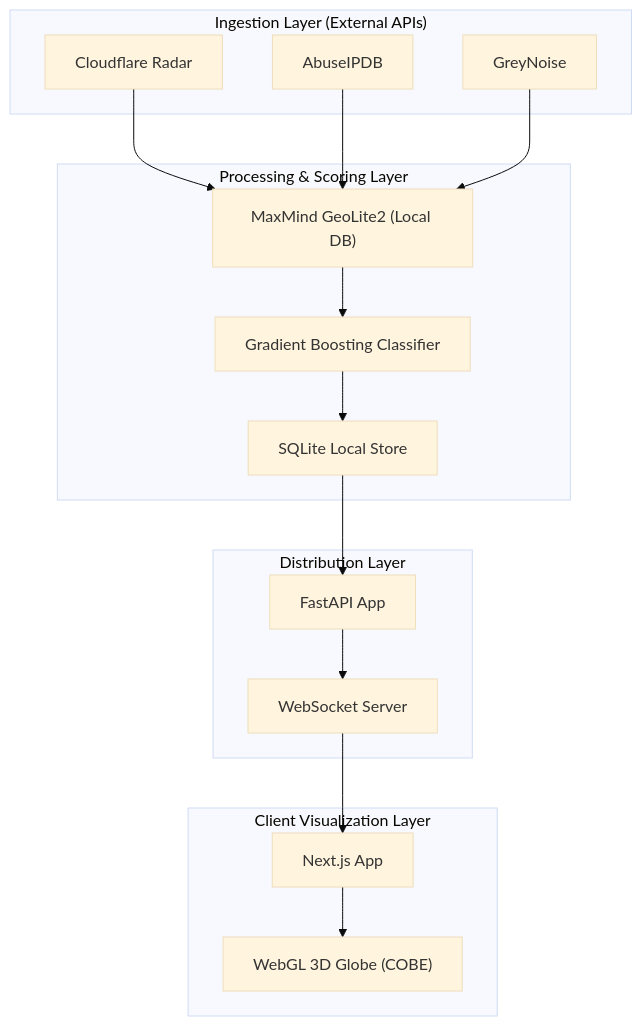
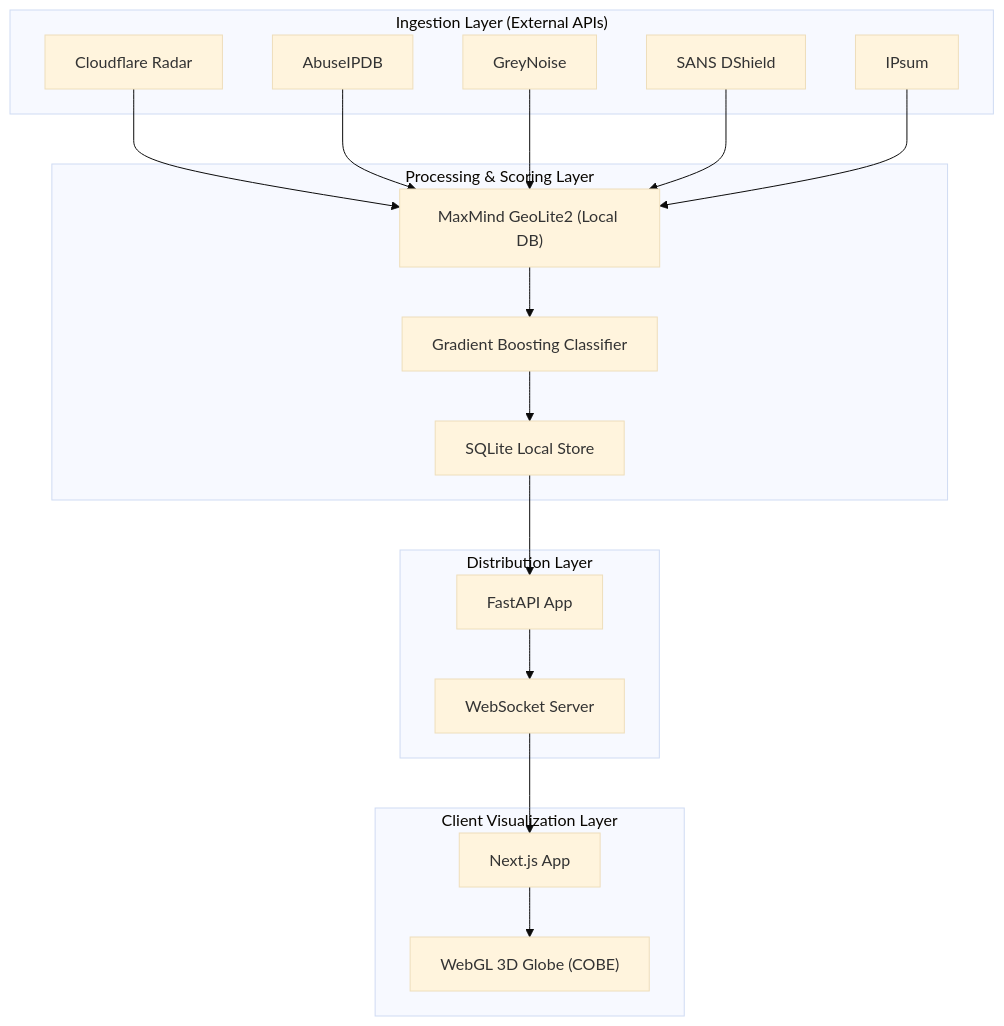
One commit to swap-mitra/live-ddos-map changed the third of 3 diagrams in README.md. Above: the diagram before and after it, drawn with Mermaid (base theme). The commit also changed other lines of this file and 3 other files, not shown here.

````diff
--- a/README.md
+++ b/README.md
@@ -101,34 +105,38 @@
 ```mermaid
 flowchart TB
   subgraph Ingestion["Ingestion Layer (External APIs)"]
     cf["Cloudflare Radar"]
     abuse["AbuseIPDB"]
     gn["GreyNoise"]
+    ds["SANS DShield"]
+    ip["IPsum"]
   end
 
   subgraph Processing["Processing & Scoring Layer"]
     geo["MaxMind GeoLite2 (Local DB)"]
     ml["Gradient Boosting Classifier"]
     sqlite["SQLite Local Store"]
   end
 
   subgraph Distribution["Distribution Layer"]
     fastapi["FastAPI App"]
     ws["WebSocket Server"]
   end
 
   subgraph Visualization["Client Visualization Layer"]
     ui["Next.js App"]
     cobe["WebGL 3D Globe (COBE)"]
   end
 
   cf --> geo
   abuse --> geo
   gn --> geo
+  ds --> geo
+  ip --> geo
   geo --> ml
   ml --> sqlite
   sqlite --> fastapi
   fastapi --> ws
   ws --> ui
   ui --> cobe
 ```
````
